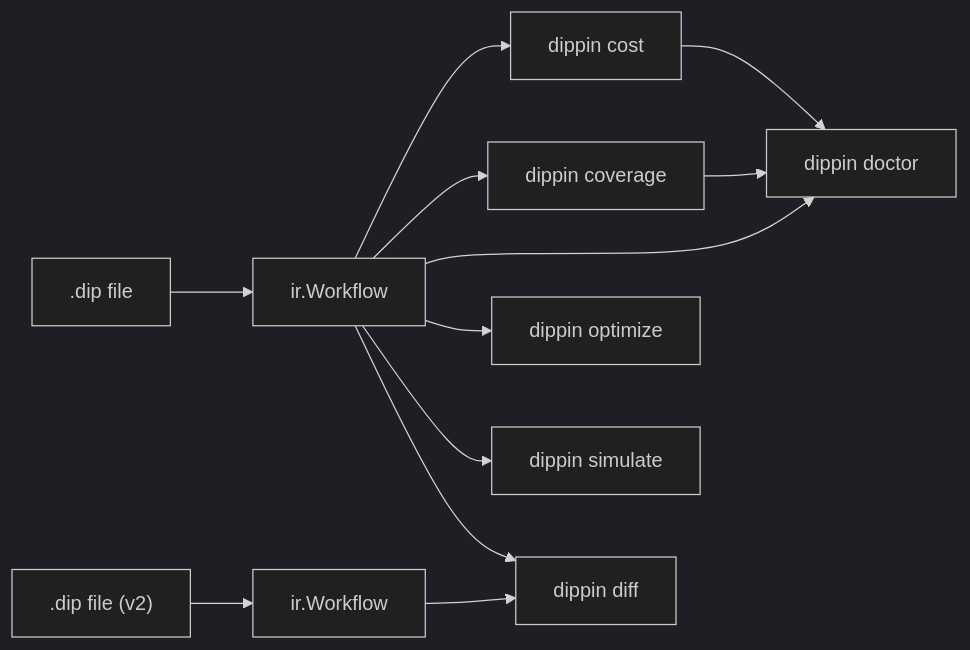
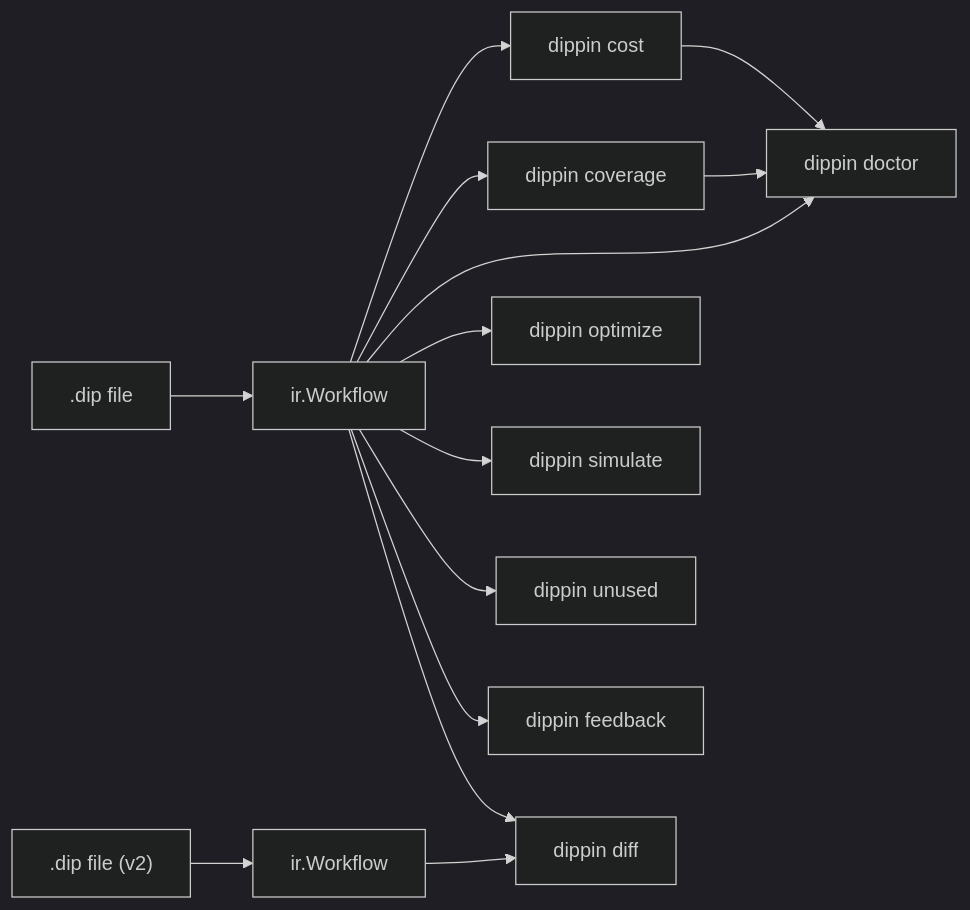
Before and after one commit to 2389-research/dippin-lang: the diagram in docs/analysis.md, drawn with Mermaid (dark theme). The commit also changed other lines of this file and 4 other files, not shown here.

First line of the commit message:
docs: content-accuracy sweep for validation/analysis/architecture

````diff
--- a/docs/analysis.md
+++ b/docs/analysis.md
@@ -5,14 +5,16 @@
 ```mermaid
 graph LR
     DIP[".dip file"] --> IR["ir.Workflow"]
     IR --> Cost["dippin cost"]
     IR --> Cov["dippin coverage"]
     IR --> Doc["dippin doctor"]
     IR --> Opt["dippin optimize"]
     IR --> Sim["dippin simulate"]
+    IR --> Unused["dippin unused"]
+    IR --> Feedback["dippin feedback"]
     DIP2[".dip file (v2)"] --> IR2["ir.Workflow"]
     IR --> Diff["dippin diff"]
     IR2 --> Diff
     Cost --> Doc
     Cov --> Doc
 ```
````
